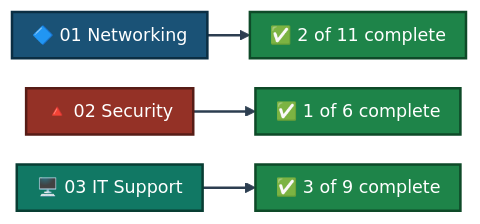
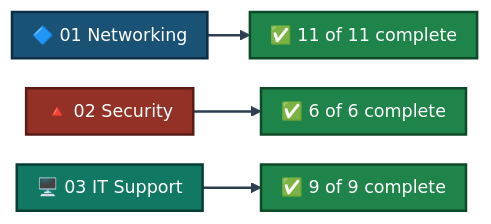
One commit to malaika-azhar/Cisco-Networking-Lab-Portfolio changed the sixth of 6 diagrams in README.md. Above: the diagram before and after it, drawn with Mermaid. The commit also changed other lines of this file, not shown here.

````diff
--- a/README.md
+++ b/README.md
@@ -204,12 +206,12 @@
 ```mermaid
 %%{init: {'theme': 'base', 'themeVariables': {'fontSize': '14px'}, 'flowchart': {'nodeSpacing': 24, 'rankSpacing': 34, 'padding': 8}}}%%
 flowchart LR
-    N["🔷 01 Networking"]:::n --> NP["✅ 2 of 11 complete"]:::ok
-    S["🔺 02 Security"]:::s --> SP["✅ 1 of 6 complete"]:::ok
-    I["🖥️ 03 IT Support"]:::i --> IP["✅ 3 of 9 complete"]:::ok
+    N["🔷 01 Networking"]:::n --> NP["✅ 11 of 11 complete"]:::ok
+    S["🔺 02 Security"]:::s --> SP["✅ 6 of 6 complete"]:::ok
+    I["🖥️ 03 IT Support"]:::i --> IP["✅ 9 of 9 complete"]:::ok
     classDef n fill:#1A5276,stroke:#0B2E43,stroke-width:2px,color:#FFFFFF
     classDef s fill:#943126,stroke:#571C16,stroke-width:2px,color:#FFFFFF
     classDef i fill:#117864,stroke:#083D33,stroke-width:2px,color:#FFFFFF
     classDef ok fill:#1E8449,stroke:#0E4A28,stroke-width:2px,color:#FFFFFF
     linkStyle default stroke:#2C3E50,stroke-width:2px
 ```
````
